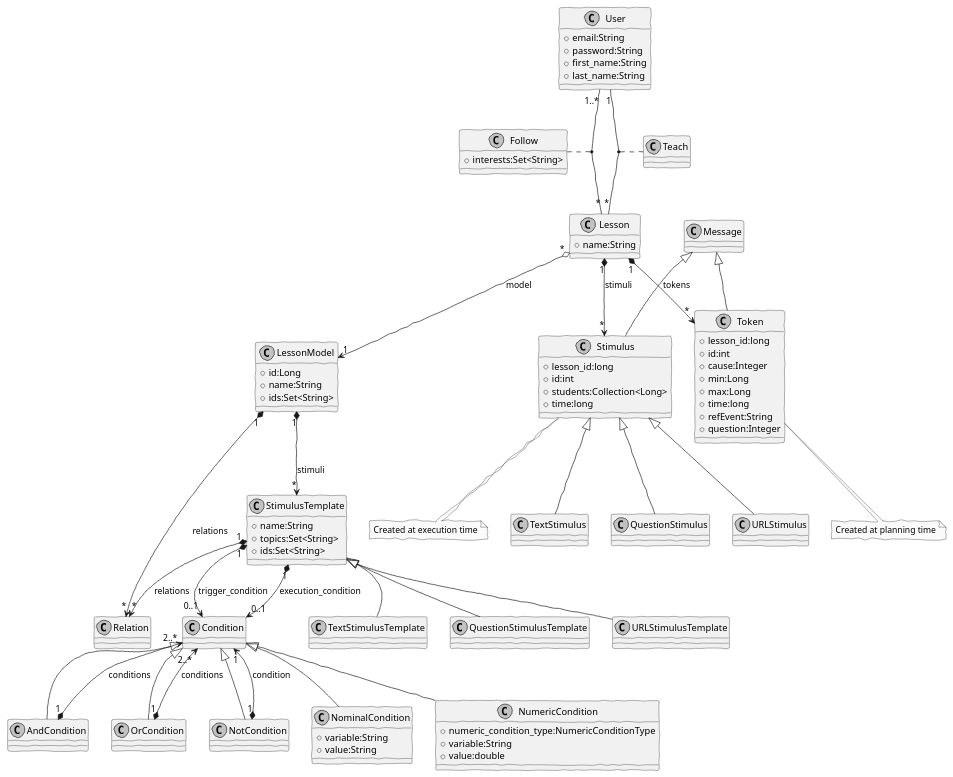
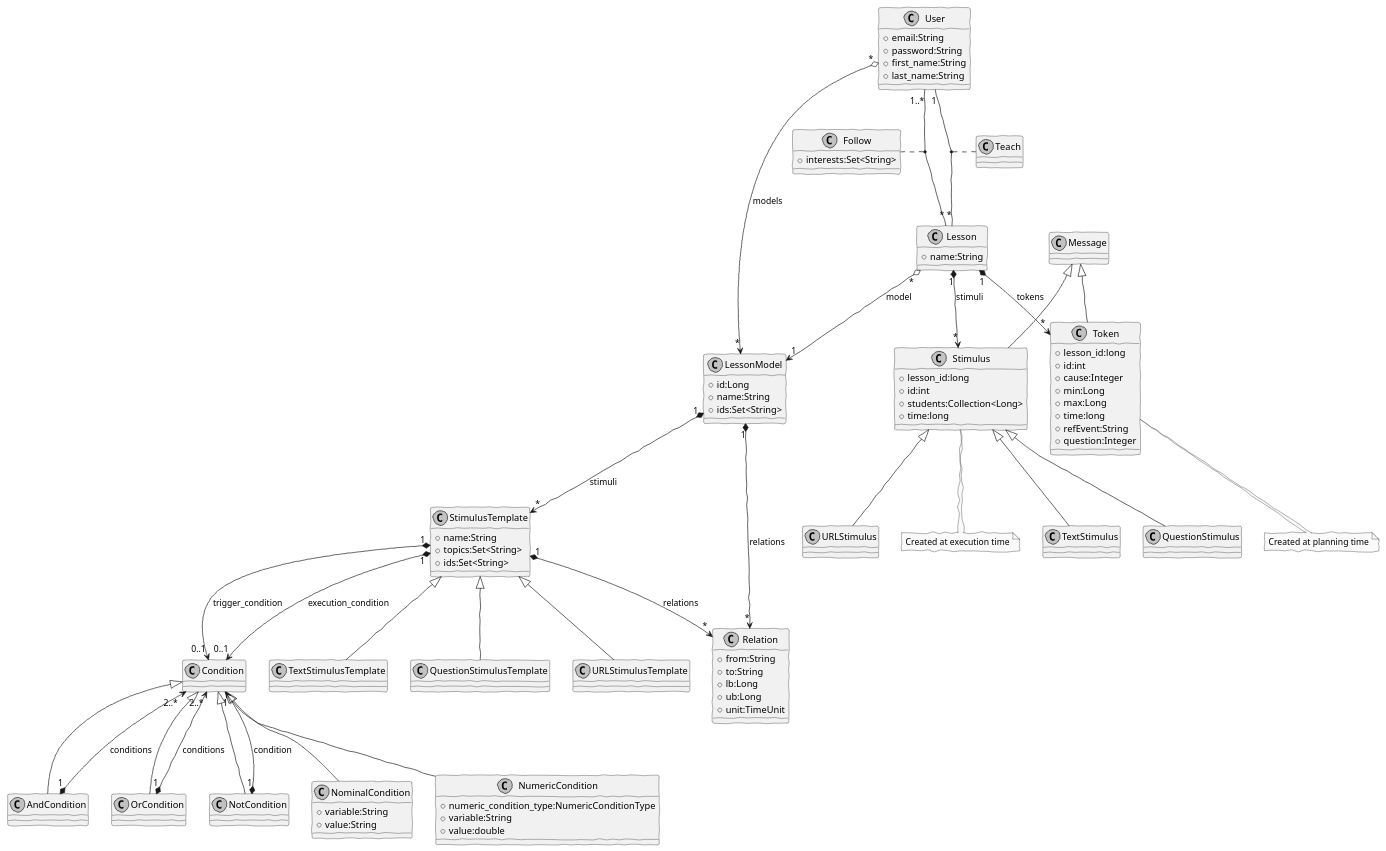
One commit to pstlab/ExPLoRAA changed the diagram in ExPLoRAA-API/src/main/resources/class_diagram.puml. Above: the diagram before and after it, drawn with PlantUML. The commit also changed 1 other file, not shown here.

```diff
--- a/ExPLoRAA-API/src/main/resources/class_diagram.puml
+++ b/ExPLoRAA-API/src/main/resources/class_diagram.puml
@@ -1,108 +1,114 @@
 @startuml
 skinparam monochrome true
 skinparam handwritten true
 
 class User
 User : +email:String
 User : +password:String
 User : +first_name:String
 User : +last_name:String
 User "1..*" - "*" Lesson
 (User , Lesson) .. Follow
 User "1" - "*" Lesson
 (User , Lesson) .. Teach
+User "*" o--> "*" LessonModel : models
 
 class Follow
 Follow : +interests:Set<String>
 
 class Teach
 
 class Lesson
 Lesson : +name:String
 Lesson "*" o--> "1" LessonModel : model
 Lesson "1" *--> "*" Stimulus : stimuli
 Lesson "1" *--> "*" Token : tokens
 
 class LessonModel
 LessonModel : +id:Long
 LessonModel : +name:String
 LessonModel : +ids:Set<String>
 LessonModel "1" *--> "*" StimulusTemplate : stimuli
 LessonModel "1" *--> "*" Relation : relations
 
 class Message
 
 class Stimulus
 note bottom: Created at execution time
 Message <|-- Stimulus
 Stimulus : +lesson_id:long
 Stimulus : +id:int
 Stimulus : +students:Collection<Long>
 Stimulus : +time:long
 
 class TextStimulus
 Stimulus <|-- TextStimulus
 
 class QuestionStimulus
 Stimulus <|-- QuestionStimulus
 
 class URLStimulus
 Stimulus <|-- URLStimulus
 
 class Token
 note bottom: Created at planning time
 Message <|-- Token
 Token : +lesson_id:long
 Token : +id:int
 Token : +cause:Integer
 Token : +min:Long
 Token : +max:Long
 Token : +time:long
 Token : +refEvent:String
 Token : +question:Integer
 
 class StimulusTemplate
 StimulusTemplate : +name:String
 StimulusTemplate : +topics:Set<String>
 StimulusTemplate : +ids:Set<String>
 StimulusTemplate "1" *--> "0..1" Condition : trigger_condition
 StimulusTemplate "1" *--> "0..1" Condition : execution_condition
 StimulusTemplate "1" *--> "*" Relation : relations
 
 class TextStimulusTemplate
 StimulusTemplate <|-- TextStimulusTemplate
 
 class QuestionStimulusTemplate
 StimulusTemplate <|-- QuestionStimulusTemplate
 
 class URLStimulusTemplate
 StimulusTemplate <|-- URLStimulusTemplate
 
 class Condition
 
 class AndCondition
 Condition <|-- AndCondition
 AndCondition "1" *--> "2..*" Condition : conditions
 
 class OrCondition
 Condition <|-- OrCondition
 OrCondition "1" *--> "2..*" Condition : conditions
 
 class NotCondition
 Condition <|-- NotCondition
 NotCondition "1" *--> "1" Condition : condition
 
 class NominalCondition
 Condition <|-- NominalCondition
 NominalCondition : +variable:String
 NominalCondition : +value:String
 
 class NumericCondition
 Condition <|-- NumericCondition
 NumericCondition : +numeric_condition_type:NumericConditionType
 NumericCondition : +variable:String
 NumericCondition : +value:double
 
 class Relation
+Relation : +from:String
+Relation : +to:String
+Relation : +lb:Long
+Relation : +ub:Long
+Relation : +unit:TimeUnit
 
 @enduml
```
